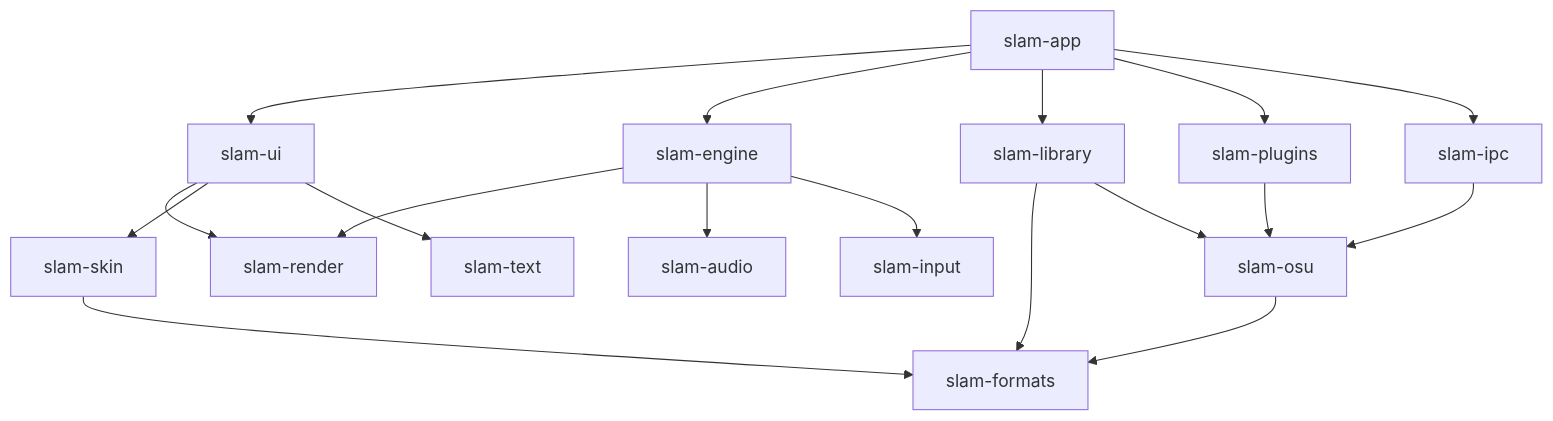
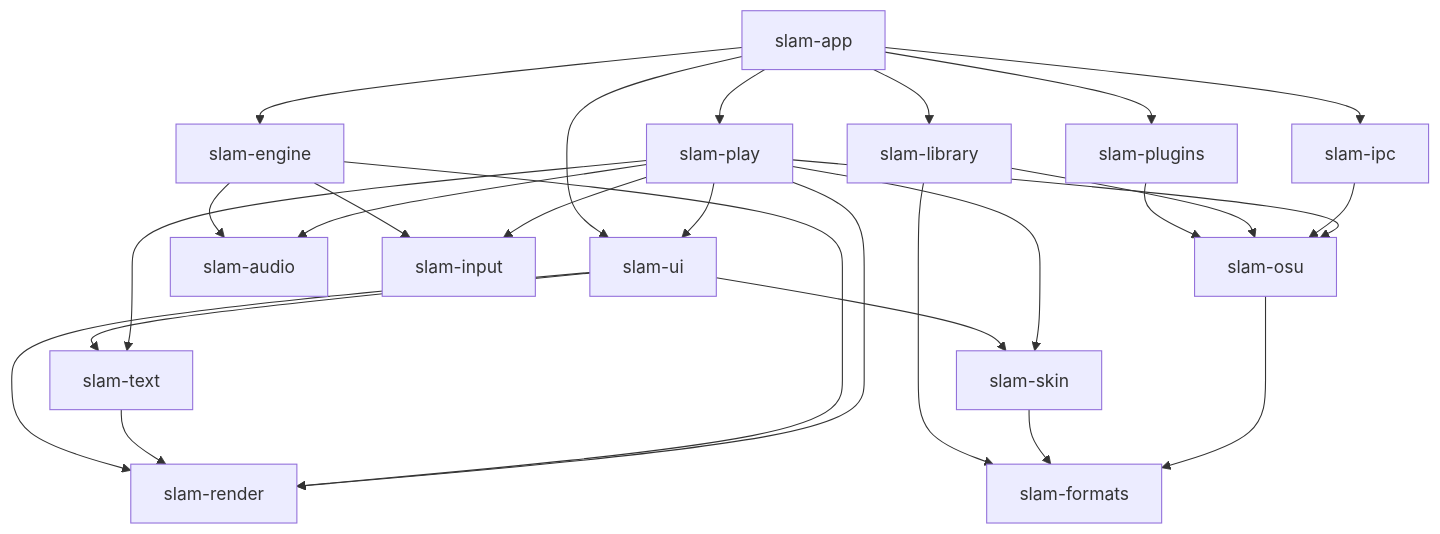
Before and after one commit to sheynor43/SLAM: the diagram in docs/ARCHITECTURE.md, drawn with Mermaid. The commit also changed other lines of this file and 7 other files, not shown here.

First line of the commit message:
feat(play): add slam-play crate and enforce the full crate dependency table

````diff
--- a/docs/ARCHITECTURE.md
+++ b/docs/ARCHITECTURE.md
@@ -70,20 +72,29 @@
 ```mermaid
 graph TD
   app[slam-app] --> ui[slam-ui]
   app --> engine[slam-engine]
   app --> library[slam-library]
   app --> plugins[slam-plugins]
   ui --> render[slam-render]
   ui --> skin[slam-skin]
   ui --> text[slam-text]
+  text --> render
   engine --> render
   engine --> audio[slam-audio]
   engine --> input[slam-input]
   plugins --> osu[slam-osu]
   library --> formats[slam-formats]
   library --> osu
   skin --> formats
   osu --> formats
   app --> ipc[slam-ipc]
   ipc --> osu
+  app --> play[slam-play]
+  play --> osu
+  play --> ui
+  play --> render
+  play --> skin
+  play --> text
+  play --> input
+  play --> audio
 ```
````
